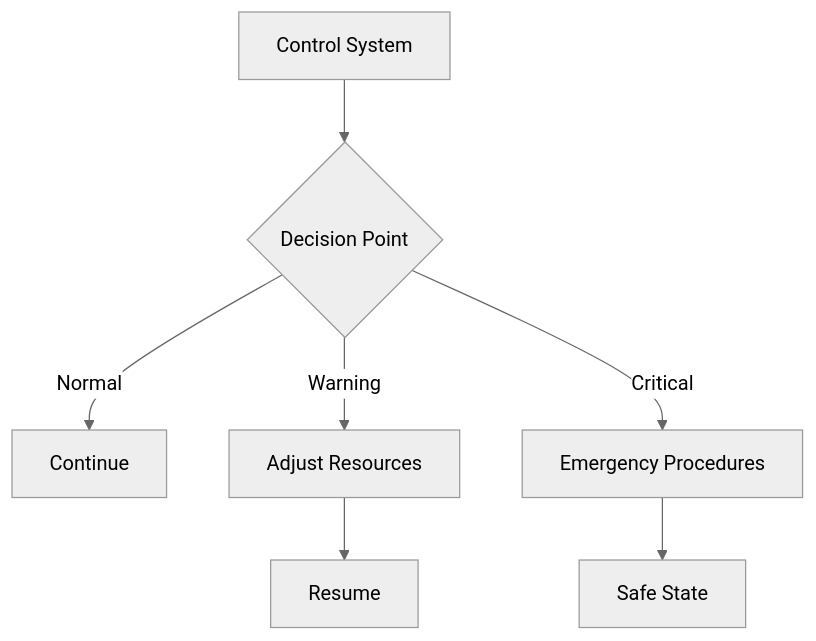
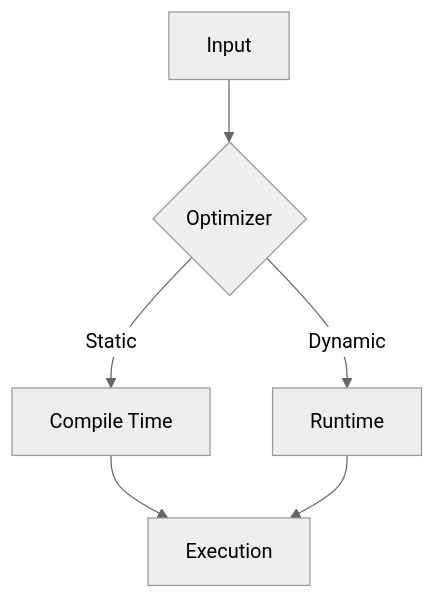
One commit to badaitech/badai-docs changed the second of 2 diagrams in docs/03_chain_graph/execution.md. Above: the diagram before and after it, drawn with Mermaid (neutral theme). The commit also changed other lines of this file and 6 other files, not shown here.

````diff
--- a/docs/03_chain_graph/execution.md
+++ b/docs/03_chain_graph/execution.md
@@ -90,9 +115,8 @@
 ```mermaid
 graph TD
-    A[Control System] --> B{Decision Point}
-    B -->|Normal| C[Continue]
-    B -->|Warning| D[Adjust Resources]
-    B -->|Critical| E[Emergency Procedures]
-    D --> F[Resume]
-    E --> G[Safe State]
+    A[Input] --> B{Optimizer}
+    B -->|Static| C[Compile Time]
+    B -->|Dynamic| D[Runtime]
+    C --> E[Execution]
+    D --> E
 ```
````
